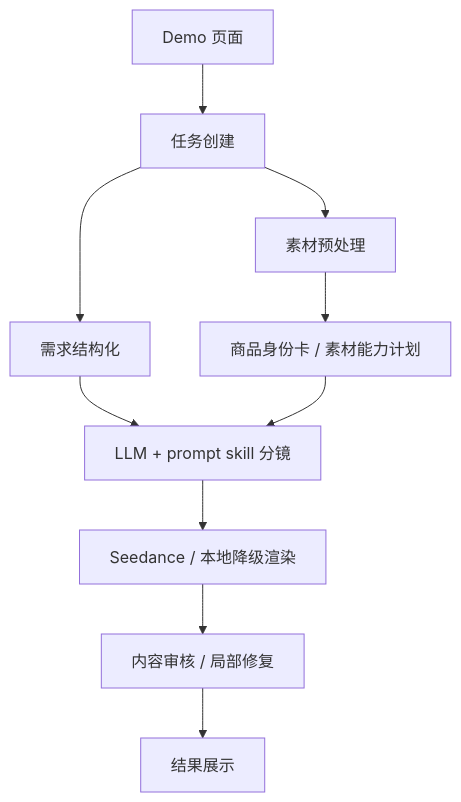
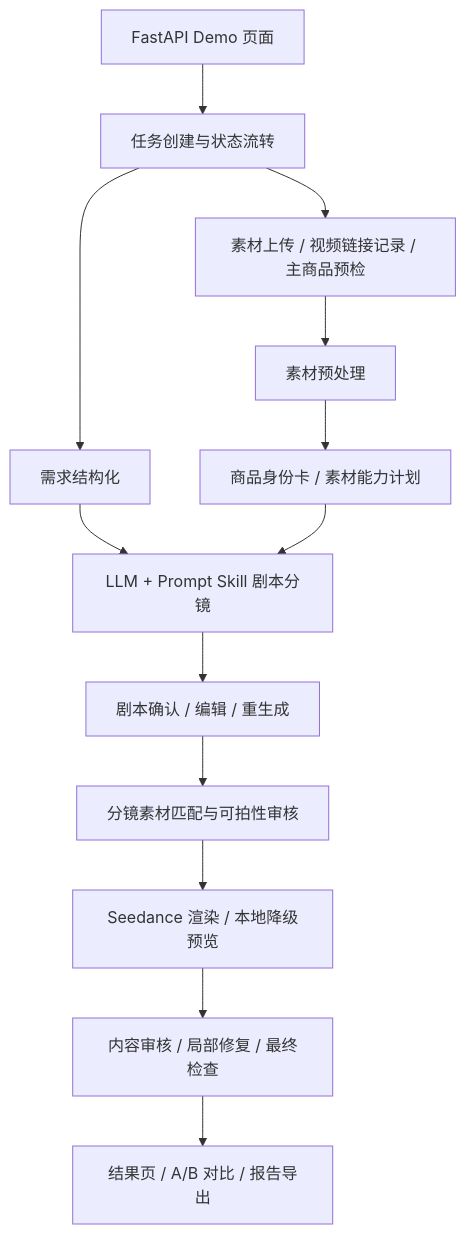
One commit to helanfxz/helanfxz-demo changed the diagram in docs/submission/final_submission.md. Above: the diagram before and after it, drawn with Mermaid. The commit also changed other lines of this file and 14 other files, not shown here.

````diff
--- a/docs/submission/final_submission.md
+++ b/docs/submission/final_submission.md
@@ -51,12 +49,15 @@
 ```mermaid
 flowchart TD
-    UI["Demo 页面"] --> Task["任务创建"]
-    Task --> Asset["素材预处理"]
+    UI["FastAPI Demo 页面"] --> Task["任务创建与状态流转"]
+    Task --> Asset["素材上传 / 视频链接记录 / 主商品预检"]
+    Asset --> Preprocess["素材预处理"]
+    Preprocess --> Identity["商品身份卡 / 素材能力计划"]
     Task --> Req["需求结构化"]
-    Asset --> Context["商品身份卡 / 素材能力计划"]
-    Req --> Planner["LLM + prompt skill 分镜"]
-    Context --> Planner
-    Planner --> Render["Seedance / 本地降级渲染"]
-    Render --> Review["内容审核 / 局部修复"]
-    Review --> Result["结果展示"]
+    Req --> Planner["LLM + Prompt Skill 剧本分镜"]
+    Identity --> Planner
+    Planner --> ReviewPage["剧本确认 / 编辑 / 重生成"]
+    ReviewPage --> Match["分镜素材匹配与可拍性审核"]
+    Match --> Render["Seedance 渲染 / 本地降级预览"]
+    Render --> Review["内容审核 / 局部修复 / 最终检查"]
+    Review --> Result["结果页 / A/B 对比 / 报告导出"]
 ```
````
